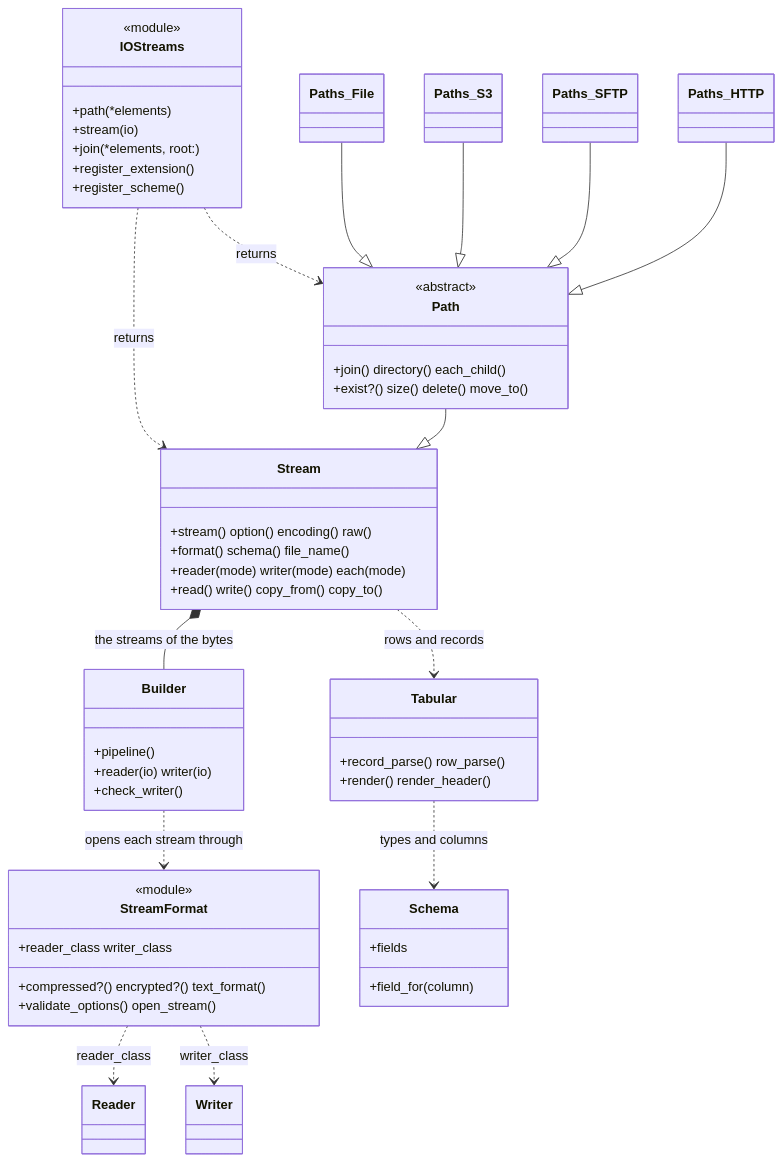
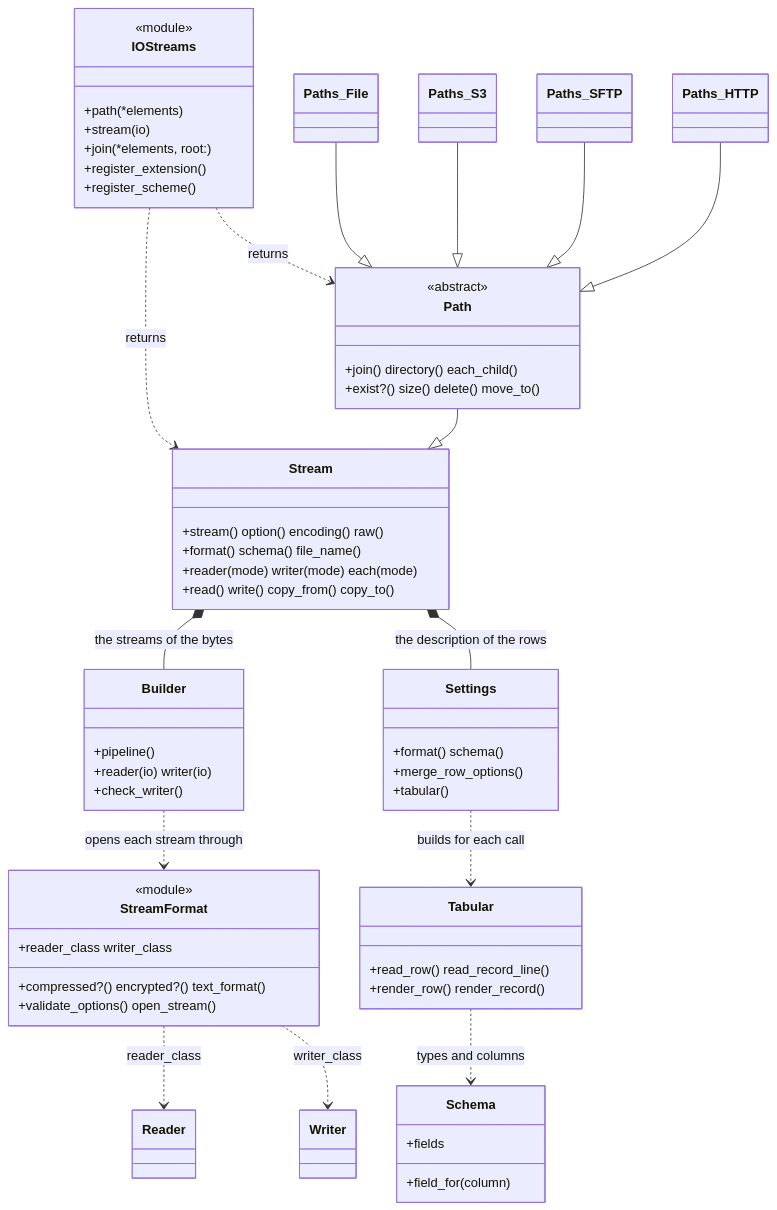
The diagram in CONTRIBUTING.md (reidmorrison/iostreams), drawn with Mermaid before and after one commit. The commit also changed other lines of this file and 2 other files, not shown here.

Commit message:
Describe the tabular settings and the options of each mode in CONTRIBUTING and the docs

````diff
--- a/CONTRIBUTING.md
+++ b/CONTRIBUTING.md
@@ -160,55 +160,61 @@
 ```mermaid
 classDiagram
     class IOStreams {
         <<module>>
         +path(*elements)
         +stream(io)
         +join(*elements, root:)
         +register_extension()
         +register_scheme()
     }
     class Stream {
         +stream() option() encoding() raw()
         +format() schema() file_name()
         +reader(mode) writer(mode) each(mode)
         +read() write() copy_from() copy_to()
     }
     class Path {
         <<abstract>>
         +join() directory() each_child()
         +exist?() size() delete() move_to()
     }
     class Builder {
         +pipeline()
         +reader(io) writer(io)
         +check_writer()
     }
     class StreamFormat {
         <<module>>
         +reader_class writer_class
         +compressed?() encrypted?() text_format()
         +validate_options() open_stream()
     }
+    class Settings {
+        +format() schema()
+        +merge_row_options()
+        +tabular()
+    }
     class Tabular {
-        +record_parse() row_parse()
-        +render() render_header()
+        +read_row() read_record_line()
+        +render_row() render_record()
     }
     class Schema {
         +fields
         +field_for(column)
     }
 
     IOStreams ..> Stream : returns
     IOStreams ..> Path : returns
     Path --|> Stream
     Paths_File --|> Path
     Paths_S3 --|> Path
     Paths_SFTP --|> Path
     Paths_HTTP --|> Path
     Stream *-- Builder : the streams of the bytes
-    Stream ..> Tabular : rows and records
+    Stream *-- Settings : the description of the rows
+    Settings ..> Tabular : builds for each call
     Builder ..> StreamFormat : opens each stream through
     StreamFormat ..> Reader : reader_class
     StreamFormat ..> Writer : writer_class
     Tabular ..> Schema : types and columns
 ```
````
